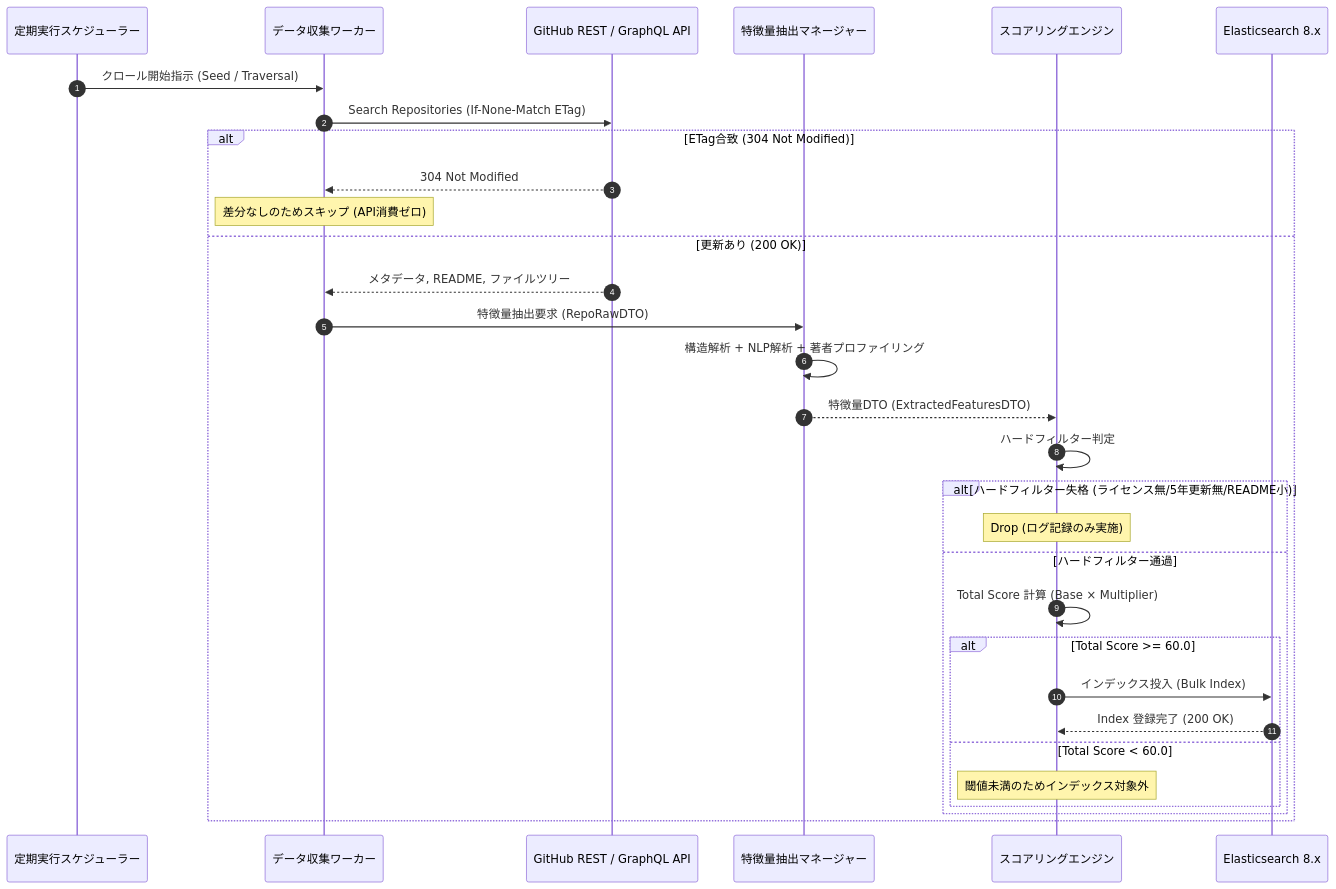
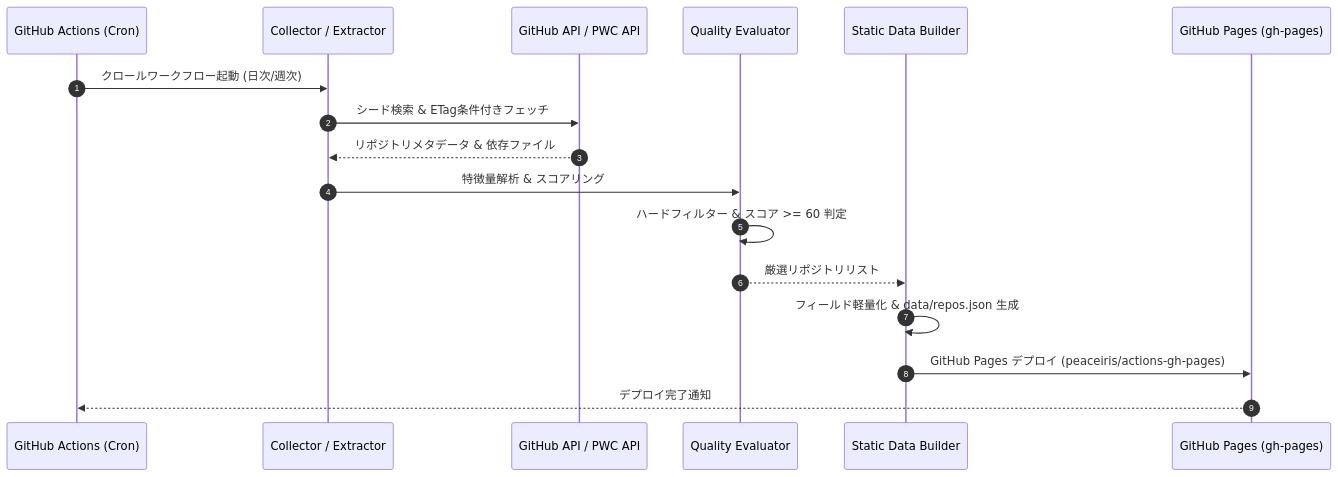
Before and after one commit to xzyozi/ScholarRepo-Finder: the first of 2 diagrams in docs/design/SRF-DD-001_詳細設計書.md, drawn with Mermaid. The commit also changed other lines of this file and 3 other files, not shown here.

Commit message:
docs: GitHub Pages完結型アーキテクチャおよびデータ軽量化設計を基本設計書・詳細設計書・データ構造仕様書・READMEに反映

````diff
--- a/docs/design/SRF-DD-001_詳細設計書.md
+++ b/docs/design/SRF-DD-001_詳細設計書.md
@@ -114,34 +46,20 @@
 ```mermaid
 sequenceDiagram
     autonumber
-    participant Scheduler as 定期実行スケジューラー
-    participant Crawler as データ収集ワーカー
-    participant GH_API as GitHub REST / GraphQL API
-    participant Extractor as 特徴量抽出マネージャー
-    participant Scorer as スコアリングエンジン
-    participant ES as Elasticsearch 8.x
+    participant Cron as GitHub Actions (Cron)
+    participant Crawler as Collector / Extractor
+    participant GH_API as GitHub API / PWC API
+    participant Scorer as Quality Evaluator
+    participant Builder as Static Data Builder
+    participant Pages as GitHub Pages (gh-pages)
 
-    Scheduler->>Crawler: クロール開始指示 (Seed / Traversal)
-    Crawler->>GH_API: Search Repositories (If-None-Match ETag)
-    alt ETag合致 (304 Not Modified)
-        GH_API-->>Crawler: 304 Not Modified
-        Note over Crawler: 差分なしのためスキップ (API消費ゼロ)
-    else 更新あり (200 OK)
-        GH_API-->>Crawler: メタデータ, README, ファイルツリー
-        Crawler->>Extractor: 特徴量抽出要求 (RepoRawDTO)
-        Extractor->>Extractor: 構造解析 + NLP解析 + 著者プロファイリング
-        Extractor-->>Scorer: 特徴量DTO (ExtractedFeaturesDTO)
-        Scorer->>Scorer: ハードフィルター判定
-        alt ハードフィルター失格 (ライセンス無/5年更新無/README小)
-            Note over Scorer: Drop (ログ記録のみ実施)
-        else ハードフィルター通過
-            Scorer->>Scorer: Total Score 計算 (Base × Multiplier)
-            alt Total Score >= 60.0
-                Scorer->>ES: インデックス投入 (Bulk Index)
-                ES-->>Scorer: Index 登録完了 (200 OK)
-            else Total Score < 60.0
-                Note over Scorer: 閾値未満のためインデックス対象外
-            end
-        end
-    end
+    Cron->>Crawler: クロールワークフロー起動 (日次/週次)
+    Crawler->>GH_API: シード検索 & ETag条件付きフェッチ
+    GH_API-->>Crawler: リポジトリメタデータ & 依存ファイル
+    Crawler->>Scorer: 特徴量解析 & スコアリング
+    Scorer->>Scorer: ハードフィルター & スコア >= 60 判定
+    Scorer-->>Builder: 厳選リポジトリリスト
+    Builder->>Builder: フィールド軽量化 & data/repos.json 生成
+    Builder->>Pages: GitHub Pages デプロイ (peaceiris/actions-gh-pages)
+    Pages-->>Cron: デプロイ完了通知
 ```
````
